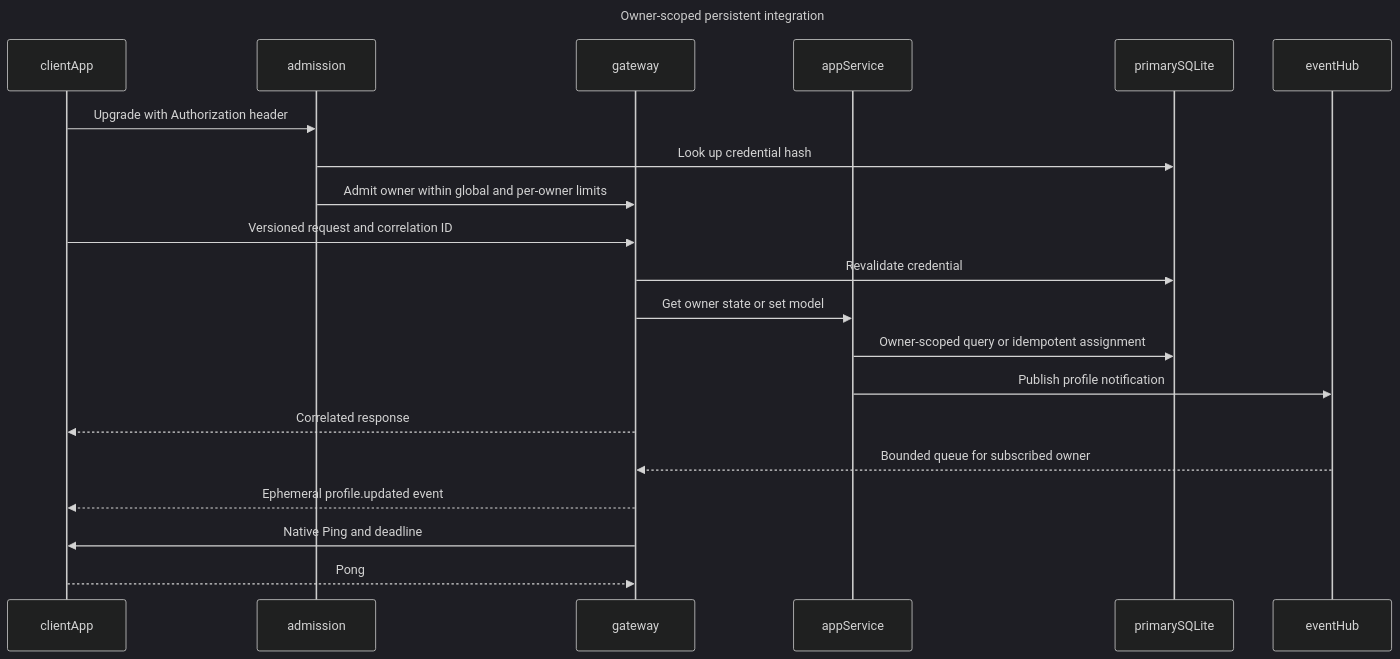
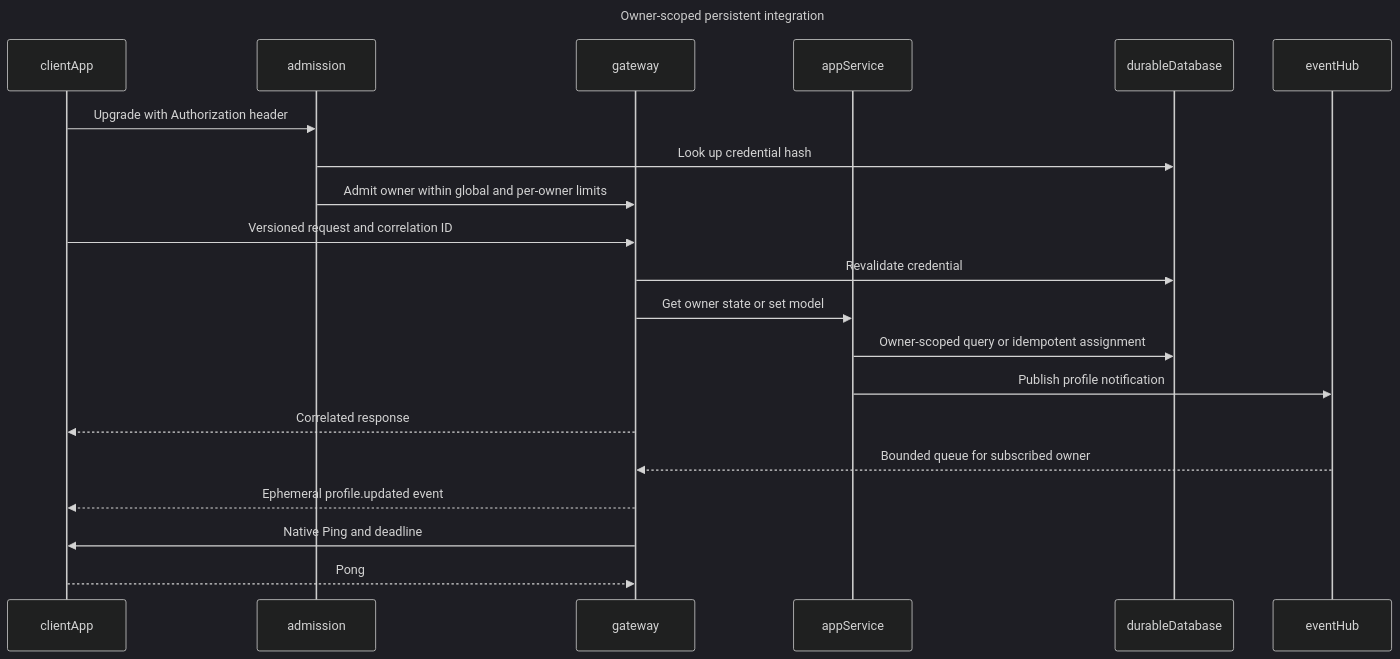
One commit to henius98/BaziFlowAgent changed the fifth of 6 diagrams in docs/project-flow-sequence.md. Above: the diagram before and after it, drawn with Mermaid (dark theme). The commit also changed other lines of this file and 22 other files, not shown here.

````diff
--- a/docs/project-flow-sequence.md
+++ b/docs/project-flow-sequence.md
@@ -134,24 +138,24 @@
 ```mermaid
 sequenceDiagram
     title Owner-scoped persistent integration
     participant clientApp
     participant admission
     participant gateway
     participant appService
-    participant primarySQLite
+    participant durableDatabase
     participant eventHub
 
     clientApp->>admission: Upgrade with Authorization header
-    admission->>primarySQLite: Look up credential hash
+    admission->>durableDatabase: Look up credential hash
     admission->>gateway: Admit owner within global and per-owner limits
     clientApp->>gateway: Versioned request and correlation ID
-    gateway->>primarySQLite: Revalidate credential
+    gateway->>durableDatabase: Revalidate credential
     gateway->>appService: Get owner state or set model
-    appService->>primarySQLite: Owner-scoped query or idempotent assignment
+    appService->>durableDatabase: Owner-scoped query or idempotent assignment
     appService->>eventHub: Publish profile notification
     gateway-->>clientApp: Correlated response
     eventHub-->>gateway: Bounded queue for subscribed owner
     gateway-->>clientApp: Ephemeral profile.updated event
     gateway->>clientApp: Native Ping and deadline
     clientApp-->>gateway: Pong
 ```
````
